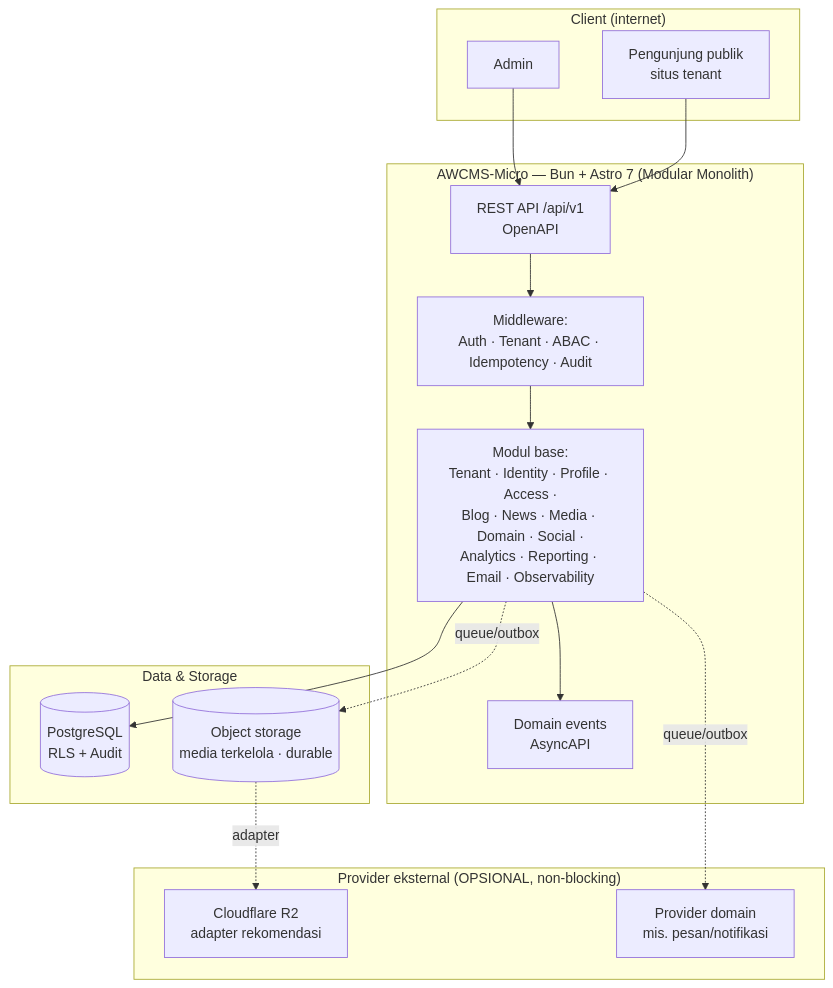
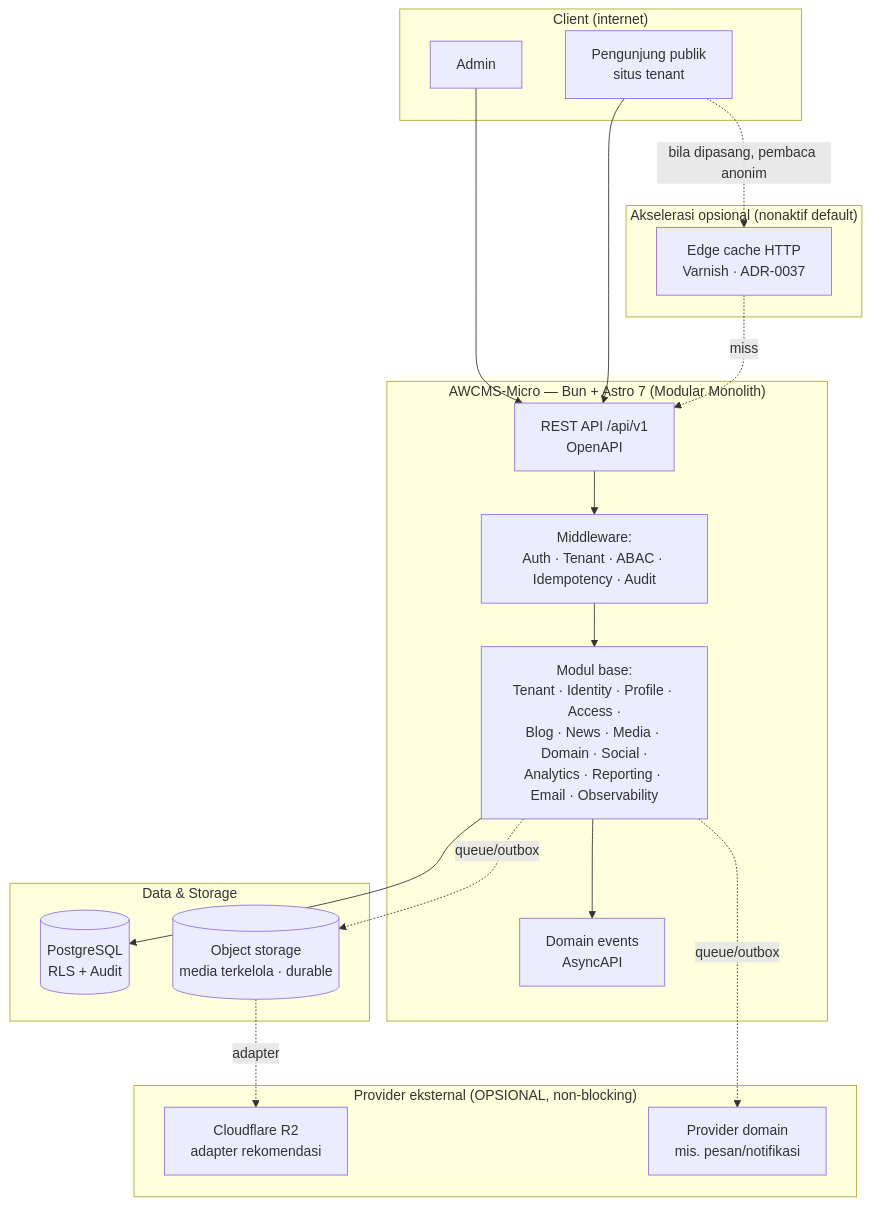
The first of 2 diagrams in README.md (ahliweb/awcms-micro), drawn with Mermaid before and after one commit. The commit also changed other lines of this file and 16 other files, not shown here.

First line of the commit message:
docs+skills: sinkronkan seluruh docs & skills dengan edge cache #353, dan tutup drift indeks (#355)

````diff
--- a/README.md
+++ b/README.md
@@ -46,33 +46,39 @@
 ```mermaid
 flowchart TB
   subgraph Client["Client (internet)"]
     ADM[Admin]
     VIS[Pengunjung publik<br/>situs tenant]
+  end
+
+  subgraph Edge["Akselerasi opsional (nonaktif default)"]
+    VARNISH[Edge cache HTTP<br/>Varnish · ADR-0037]
   end
 
   subgraph App["AWCMS-Micro — Bun + Astro 7 (Modular Monolith)"]
     API[REST API /api/v1<br/>OpenAPI]
     MW[Middleware:<br/>Auth · Tenant · ABAC · Idempotency · Audit]
     MOD[Modul base:<br/>Tenant · Identity · Profile · Access ·<br/>Blog · News · Media · Domain · Social ·<br/>Analytics · Reporting · Email · Observability]
     EVT[Domain events<br/>AsyncAPI]
   end
 
   subgraph Data["Data & Storage"]
     PG[(PostgreSQL<br/>RLS + Audit)]
     OBJ[(Object storage<br/>media terkelola · durable)]
   end
 
   subgraph Ext["Provider eksternal (OPSIONAL, non-blocking)"]
     R2[Cloudflare R2<br/>adapter rekomendasi]
     PROV[Provider domain<br/>mis. pesan/notifikasi]
   end
 
   ADM --> API
   VIS --> API
+  VIS -. bila dipasang, pembaca anonim .-> VARNISH
+  VARNISH -. miss .-> API
   API --> MW --> MOD
   MOD --> PG
   MOD --> EVT
   MOD -. queue/outbox .-> OBJ
   OBJ -. adapter .-> R2
   MOD -. queue/outbox .-> PROV
 ```
````
